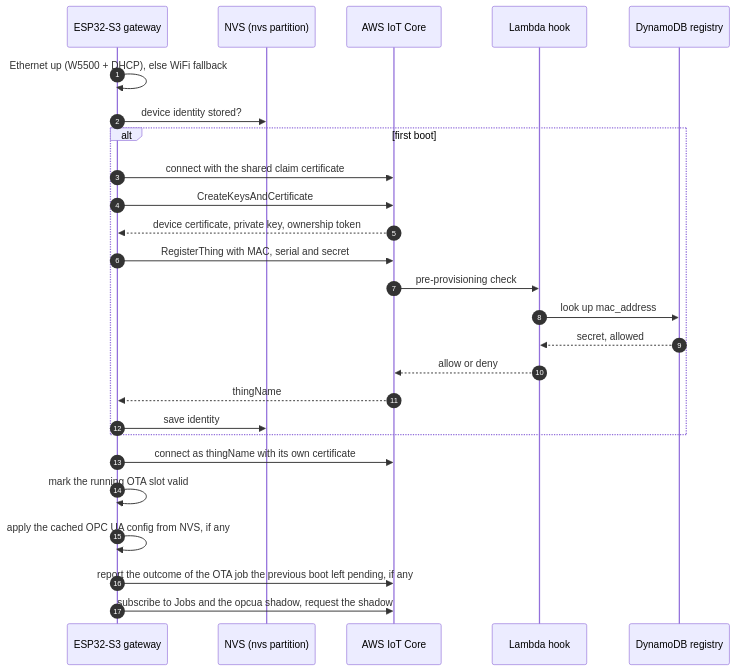
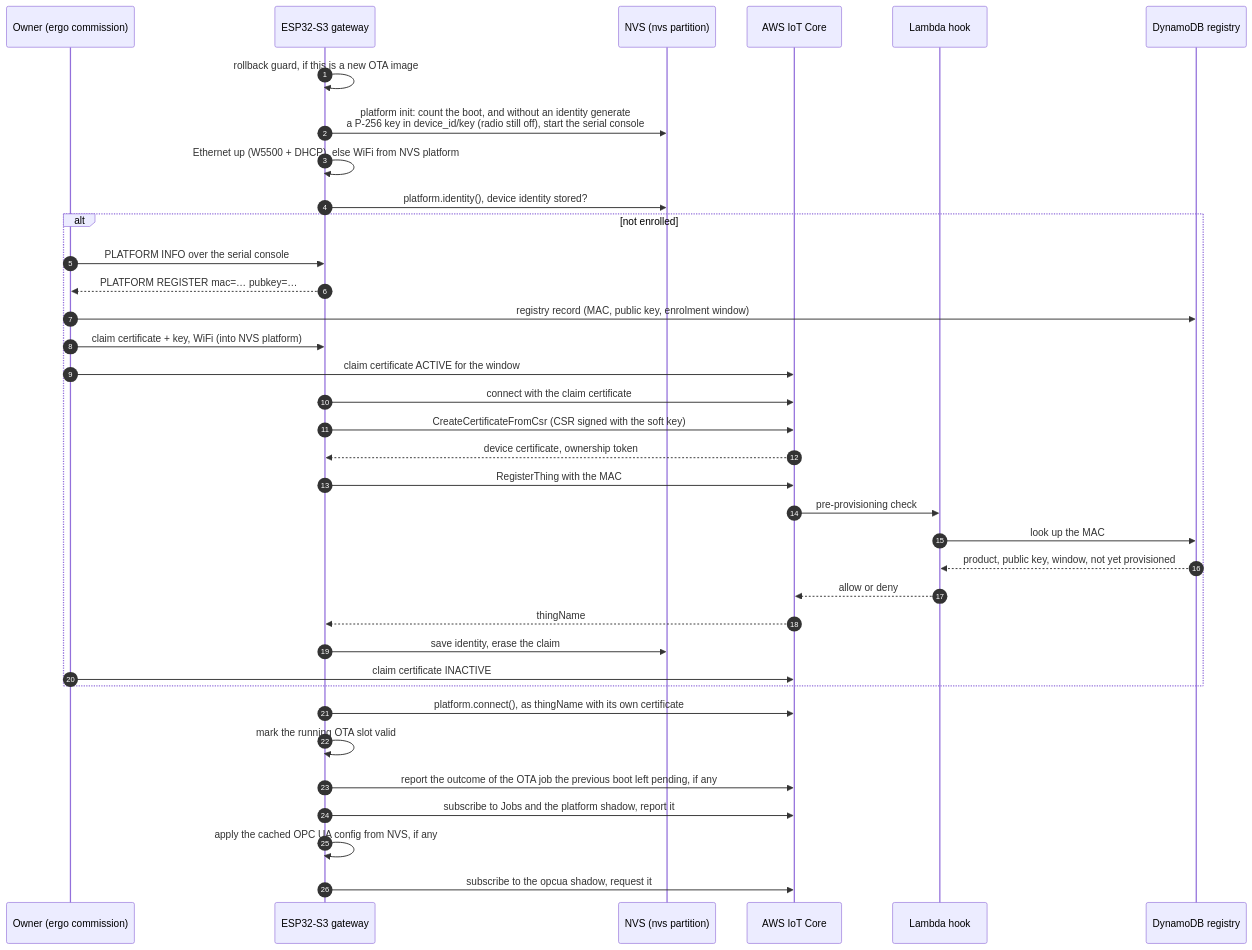
One commit to ergousha/esp32-opcua-gateway-rust changed the fourth of 10 diagrams in README.md. Above: the diagram before and after it, drawn with Mermaid. The commit also changed other lines of this file and 37 other files, not shown here.

First line of the commit message:
feat: move the cloud link onto the platform device SDK; transitional WiFi move

````diff
--- a/README.md
+++ b/README.md
@@ -171,29 +189,39 @@
 ```mermaid
 sequenceDiagram
     autonumber
+    participant OWN as Owner (ergo commission)
     participant GW as ESP32-S3 gateway
     participant NVS as NVS (nvs partition)
     participant IOT as AWS IoT Core
     participant HOOK as Lambda hook
     participant DB as DynamoDB registry
 
-    GW->>GW: Ethernet up (W5500 + DHCP), else WiFi fallback
-    GW->>NVS: device identity stored?
-    alt first boot
-        GW->>IOT: connect with the shared claim certificate
-        GW->>IOT: CreateKeysAndCertificate
-        IOT-->>GW: device certificate, private key, ownership token
-        GW->>IOT: RegisterThing with MAC, serial and secret
+    GW->>GW: rollback guard, if this is a new OTA image
+    GW->>NVS: platform init: count the boot, and without an identity generate<br/>a P-256 key in device_id/key (radio still off), start the serial console
+    GW->>GW: Ethernet up (W5500 + DHCP), else WiFi from NVS platform
+    GW->>NVS: platform.identity(), device identity stored?
+    alt not enrolled
+        OWN->>GW: PLATFORM INFO over the serial console
+        GW-->>OWN: PLATFORM REGISTER mac=… pubkey=…
+        OWN->>DB: registry record (MAC, public key, enrolment window)
+        OWN->>GW: claim certificate + key, WiFi (into NVS platform)
+        OWN->>IOT: claim certificate ACTIVE for the window
+        GW->>IOT: connect with the claim certificate
+        GW->>IOT: CreateCertificateFromCsr (CSR signed with the soft key)
+        IOT-->>GW: device certificate, ownership token
+        GW->>IOT: RegisterThing with the MAC
         IOT->>HOOK: pre-provisioning check
-        HOOK->>DB: look up mac_address
-        DB-->>HOOK: secret, allowed
+        HOOK->>DB: look up the MAC
+        DB-->>HOOK: product, public key, window, not yet provisioned
         HOOK-->>IOT: allow or deny
         IOT-->>GW: thingName
-        GW->>NVS: save identity
+        GW->>NVS: save identity, erase the claim
+        OWN->>IOT: claim certificate INACTIVE
     end
-    GW->>IOT: connect as thingName with its own certificate
+    GW->>IOT: platform.connect(), as thingName with its own certificate
     GW->>GW: mark the running OTA slot valid
+    GW->>IOT: report the outcome of the OTA job the previous boot left pending, if any
+    GW->>IOT: subscribe to Jobs and the platform shadow, report it
     GW->>GW: apply the cached OPC UA config from NVS, if any
-    GW->>IOT: report the outcome of the OTA job the previous boot left pending, if any
-    GW->>IOT: subscribe to Jobs and the opcua shadow, request the shadow
+    GW->>IOT: subscribe to the opcua shadow, request it
 ```
````
